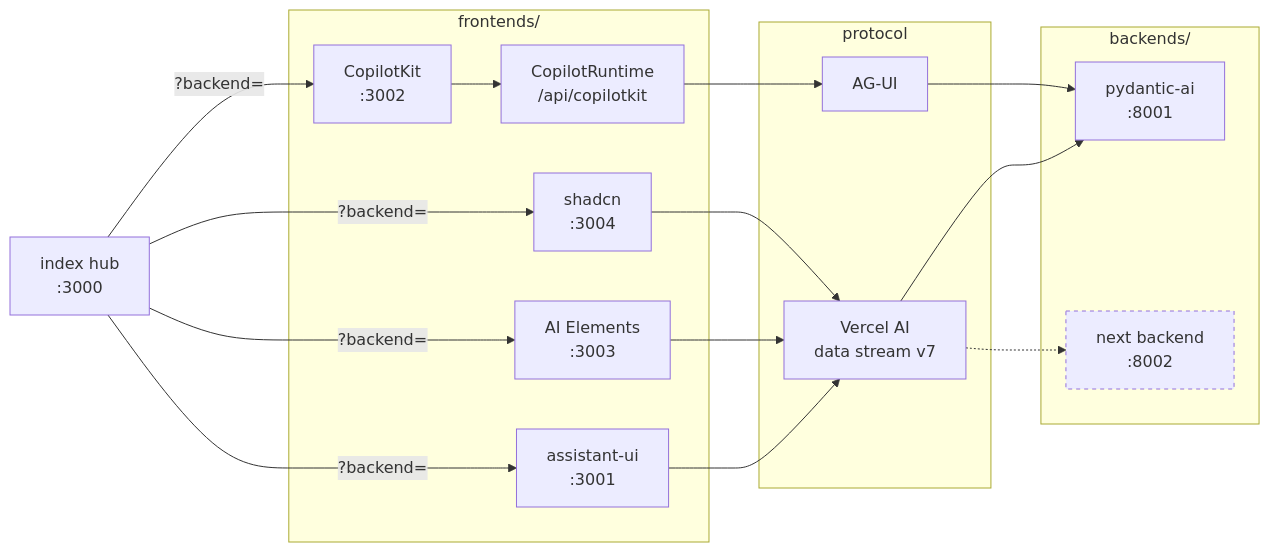
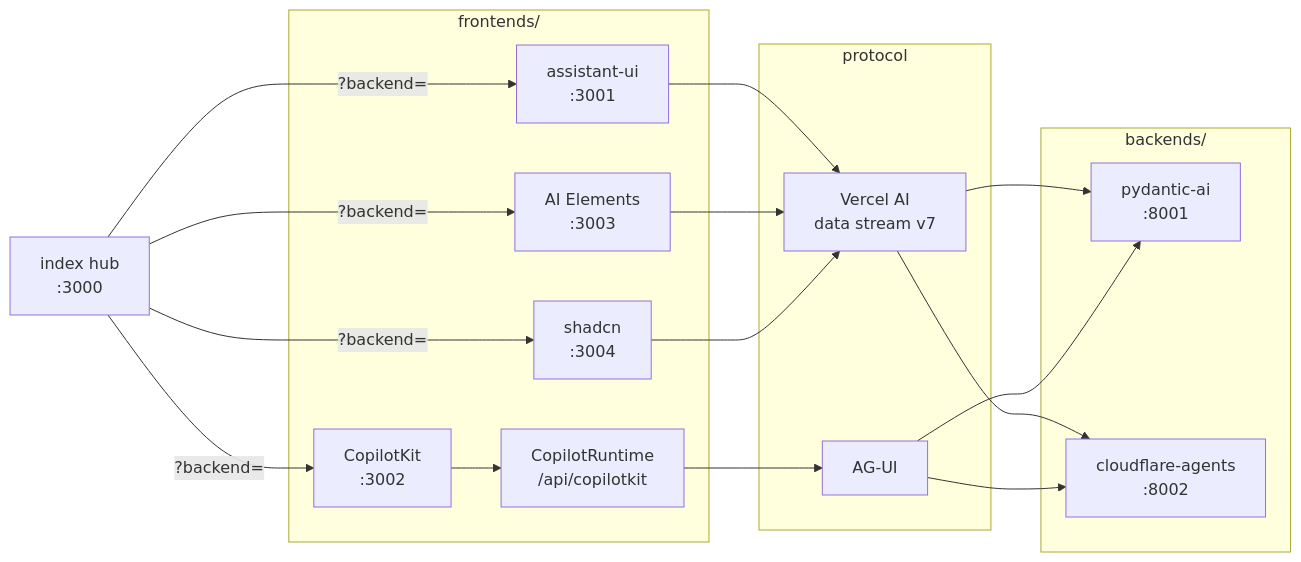
Before and after one commit to fairchild/chat-matrix: the first of 2 diagrams in docs/architecture.md, drawn with Mermaid. The commit also changed other lines of this file and 20 other files, not shown here.

````diff
--- a/docs/architecture.md
+++ b/docs/architecture.md
@@ -33,31 +33,31 @@
 ```mermaid
 flowchart LR
   H["index hub<br/>:3000"]
   subgraph F["frontends/"]
     A1["assistant-ui<br/>:3001"]
     A2["CopilotKit<br/>:3002"]
     A2R["CopilotRuntime<br/>/api/copilotkit"]
     A3["AI Elements<br/>:3003"]
     A4["shadcn<br/>:3004"]
   end
   subgraph P["protocol"]
     P1["Vercel AI<br/>data stream v7"]
     P2["AG-UI"]
   end
   subgraph B["backends/"]
     B1["pydantic-ai<br/>:8001"]
-    B2["next backend<br/>:8002"]
+    B2["cloudflare-agents<br/>:8002"]
   end
 
   H -->|"?backend="| A1 & A2 & A3 & A4
   A1 --> P1
   A3 --> P1
   A4 --> P1
   A2 --> A2R
   A2R --> P2
   P1 --> B1
   P2 --> B1
-  P1 -.-> B2
+  P1 --> B2
+  P2 --> B2
 
-  style B2 stroke-dasharray: 4 4
 ```
````
